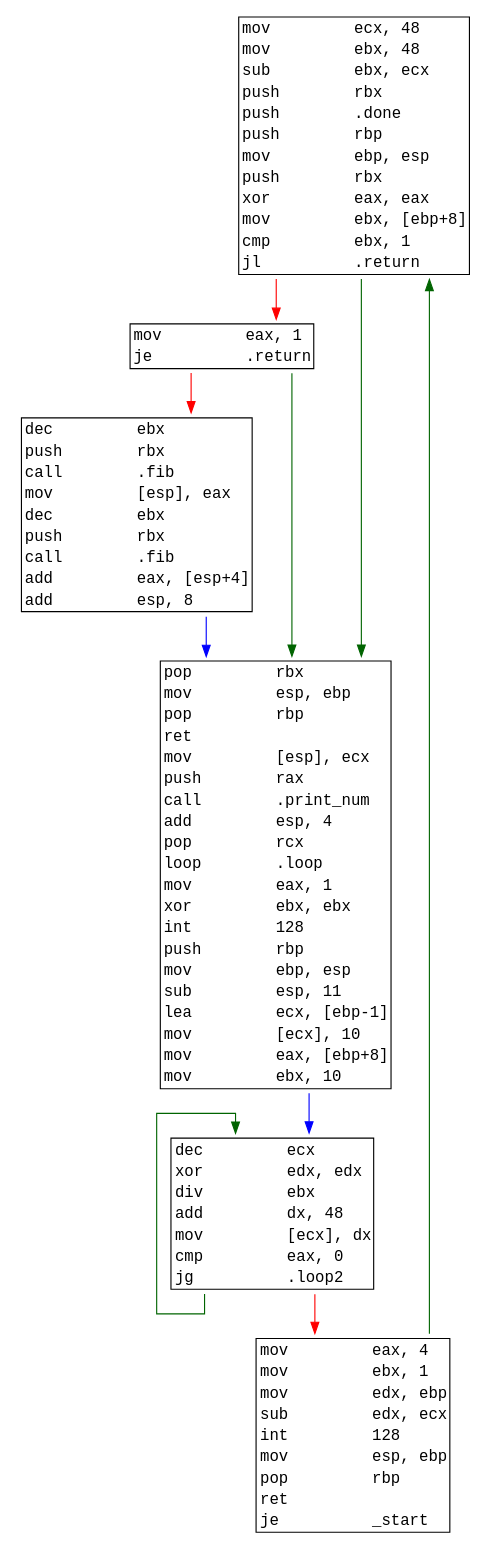
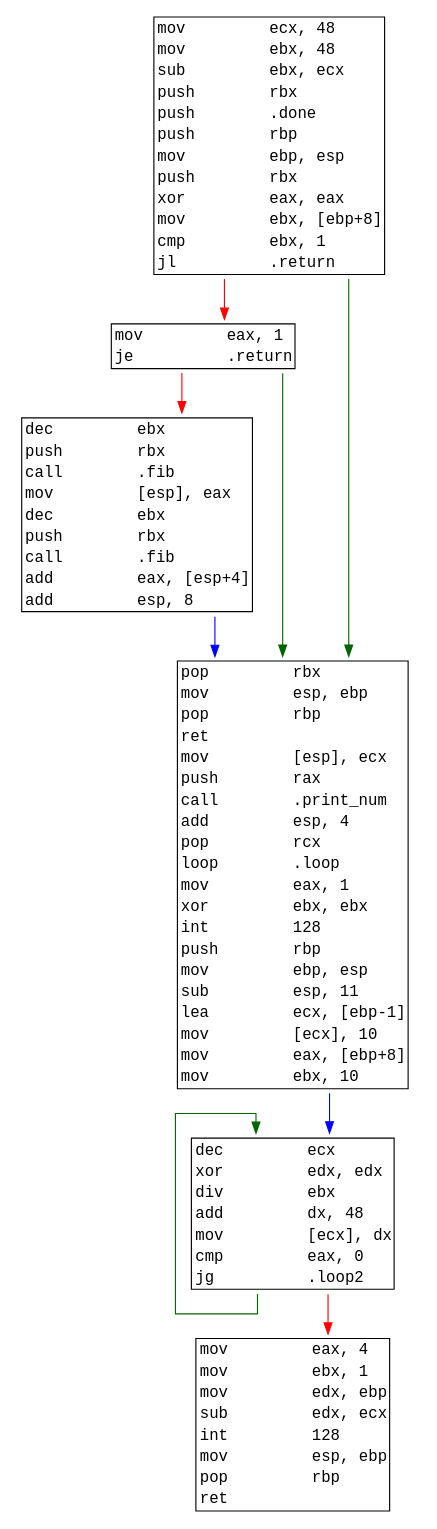
One commit to Goubermouche/baremetal changed the diagram in cfg.dot. Above: the diagram before and after it, drawn with Graphviz. The commit also changed 3 other files, not shown here.

```diff
--- a/cfg.dot
+++ b/cfg.dot
@@ -1,21 +1,20 @@
 digraph cfg {
 	graph [splines=ortho]
 	node [shape=plaintext fontname="monospace"]
 
 	"0"[label=<<table border="1" cellborder="0" cellspacing="0"><tr PORT="p0"><td align="left"  width="100px">mov</td><td align="left">ecx, 48</td></tr><tr PORT="p1"><td align="left"  width="100px">mov</td><td align="left">ebx, 48</td></tr><tr PORT="p2"><td align="left"  width="100px">sub</td><td align="left">ebx, ecx</td></tr><tr PORT="p3"><td align="left"  width="100px">push</td><td align="left">rbx</td></tr><tr PORT="p4"><td align="left"  width="100px">push</td><td align="left">.done</td></tr><tr PORT="p5"><td align="left"  width="100px">push</td><td align="left">rbp</td></tr><tr PORT="p6"><td align="left"  width="100px">mov</td><td align="left">ebp, esp</td></tr><tr PORT="p7"><td align="left"  width="100px">push</td><td align="left">rbx</td></tr><tr PORT="p8"><td align="left"  width="100px">xor</td><td align="left">eax, eax</td></tr><tr PORT="p9"><td align="left"  width="100px">mov</td><td align="left">ebx, [ebp+8]</td></tr><tr PORT="p10"><td align="left"  width="100px">cmp</td><td align="left">ebx, 1</td></tr><tr PORT="p11"><td align="left"  width="100px">jl</td><td align="left">.return</td></tr></table>>]
 	"1"[label=<<table border="1" cellborder="0" cellspacing="0"><tr PORT="p0"><td align="left"  width="100px">mov</td><td align="left">eax, 1</td></tr><tr PORT="p1"><td align="left"  width="100px">je</td><td align="left">.return</td></tr></table>>]
 	"2"[label=<<table border="1" cellborder="0" cellspacing="0"><tr PORT="p0"><td align="left"  width="100px">dec</td><td align="left">ebx</td></tr><tr PORT="p1"><td align="left"  width="100px">push</td><td align="left">rbx</td></tr><tr PORT="p2"><td align="left"  width="100px">call</td><td align="left">.fib</td></tr><tr PORT="p3"><td align="left"  width="100px">mov</td><td align="left">[esp], eax</td></tr><tr PORT="p4"><td align="left"  width="100px">dec</td><td align="left">ebx</td></tr><tr PORT="p5"><td align="left"  width="100px">push</td><td align="left">rbx</td></tr><tr PORT="p6"><td align="left"  width="100px">call</td><td align="left">.fib</td></tr><tr PORT="p7"><td align="left"  width="100px">add</td><td align="left">eax, [esp+4]</td></tr><tr PORT="p8"><td align="left"  width="100px">add</td><td align="left">esp, 8</td></tr></table>>]
 	"3"[label=<<table border="1" cellborder="0" cellspacing="0"><tr PORT="p0"><td align="left"  width="100px">pop</td><td align="left">rbx</td></tr><tr PORT="p1"><td align="left"  width="100px">mov</td><td align="left">esp, ebp</td></tr><tr PORT="p2"><td align="left"  width="100px">pop</td><td align="left">rbp</td></tr><tr PORT="p3"><td align="left"  width="100px">ret</td><td align="left"></td></tr><tr PORT="p4"><td align="left"  width="100px">mov</td><td align="left">[esp], ecx</td></tr><tr PORT="p5"><td align="left"  width="100px">push</td><td align="left">rax</td></tr><tr PORT="p6"><td align="left"  width="100px">call</td><td align="left">.print_num</td></tr><tr PORT="p7"><td align="left"  width="100px">add</td><td align="left">esp, 4</td></tr><tr PORT="p8"><td align="left"  width="100px">pop</td><td align="left">rcx</td></tr><tr PORT="p9"><td align="left"  width="100px">loop</td><td align="left">.loop</td></tr><tr PORT="p10"><td align="left"  width="100px">mov</td><td align="left">eax, 1</td></tr><tr PORT="p11"><td align="left"  width="100px">xor</td><td align="left">ebx, ebx</td></tr><tr PORT="p12"><td align="left"  width="100px">int</td><td align="left">128</td></tr><tr PORT="p13"><td align="left"  width="100px">push</td><td align="left">rbp</td></tr><tr PORT="p14"><td align="left"  width="100px">mov</td><td align="left">ebp, esp</td></tr><tr PORT="p15"><td align="left"  width="100px">sub</td><td align="left">esp, 11</td></tr><tr PORT="p16"><td align="left"  width="100px">lea</td><td align="left">ecx, [ebp-1]</td></tr><tr PORT="p17"><td align="left"  width="100px">mov</td><td align="left">[ecx], 10</td></tr><tr PORT="p18"><td align="left"  width="100px">mov</td><td align="left">eax, [ebp+8]</td></tr><tr PORT="p19"><td align="left"  width="100px">mov</td><td align="left">ebx, 10</td></tr></table>>]
 	"4"[label=<<table border="1" cellborder="0" cellspacing="0"><tr PORT="p0"><td align="left"  width="100px">dec</td><td align="left">ecx</td></tr><tr PORT="p1"><td align="left"  width="100px">xor</td><td align="left">edx, edx</td></tr><tr PORT="p2"><td align="left"  width="100px">div</td><td align="left">ebx</td></tr><tr PORT="p3"><td align="left"  width="100px">add</td><td align="left">dx, 48</td></tr><tr PORT="p4"><td align="left"  width="100px">mov</td><td align="left">[ecx], dx</td></tr><tr PORT="p5"><td align="left"  width="100px">cmp</td><td align="left">eax, 0</td></tr><tr PORT="p6"><td align="left"  width="100px">jg</td><td align="left">.loop2</td></tr></table>>]
-	"5"[label=<<table border="1" cellborder="0" cellspacing="0"><tr PORT="p0"><td align="left"  width="100px">mov</td><td align="left">eax, 4</td></tr><tr PORT="p1"><td align="left"  width="100px">mov</td><td align="left">ebx, 1</td></tr><tr PORT="p2"><td align="left"  width="100px">mov</td><td align="left">edx, ebp</td></tr><tr PORT="p3"><td align="left"  width="100px">sub</td><td align="left">edx, ecx</td></tr><tr PORT="p4"><td align="left"  width="100px">int</td><td align="left">128</td></tr><tr PORT="p5"><td align="left"  width="100px">mov</td><td align="left">esp, ebp</td></tr><tr PORT="p6"><td align="left"  width="100px">pop</td><td align="left">rbp</td></tr><tr PORT="p7"><td align="left"  width="100px">ret</td><td align="left"></td></tr><tr PORT="p8"><td align="left"  width="100px">je</td><td align="left">_start</td></tr></table>>]
+	"5"[label=<<table border="1" cellborder="0" cellspacing="0"><tr PORT="p0"><td align="left"  width="100px">mov</td><td align="left">eax, 4</td></tr><tr PORT="p1"><td align="left"  width="100px">mov</td><td align="left">ebx, 1</td></tr><tr PORT="p2"><td align="left"  width="100px">mov</td><td align="left">edx, ebp</td></tr><tr PORT="p3"><td align="left"  width="100px">sub</td><td align="left">edx, ecx</td></tr><tr PORT="p4"><td align="left"  width="100px">int</td><td align="left">128</td></tr><tr PORT="p5"><td align="left"  width="100px">mov</td><td align="left">esp, ebp</td></tr><tr PORT="p6"><td align="left"  width="100px">pop</td><td align="left">rbp</td></tr><tr PORT="p7"><td align="left"  width="100px">ret</td><td align="left"></td></tr></table>>]
 
 	"0":p11:s -> "3":p0:n [color="darkgreen"]
 	"0":s -> "1":n [color="red"]
 	"1":p1:s -> "3":p0:n [color="darkgreen"]
 	"1":s -> "2":n [color="red"]
 	"2":s -> "3":n [color="blue"]
 	"3":s -> "4":n [color="blue"]
 	"4":p6:s -> "4":p0:n [color="darkgreen"dir=back]
 	"4":s -> "5":n [color="red"]
-	"5":p8:s -> "0":p0:n [color="darkgreen"]
 }
```
